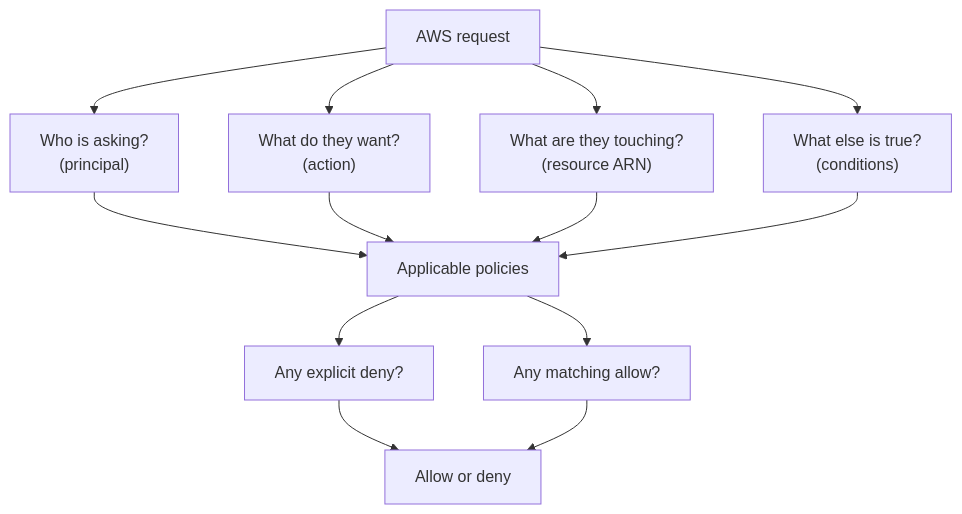
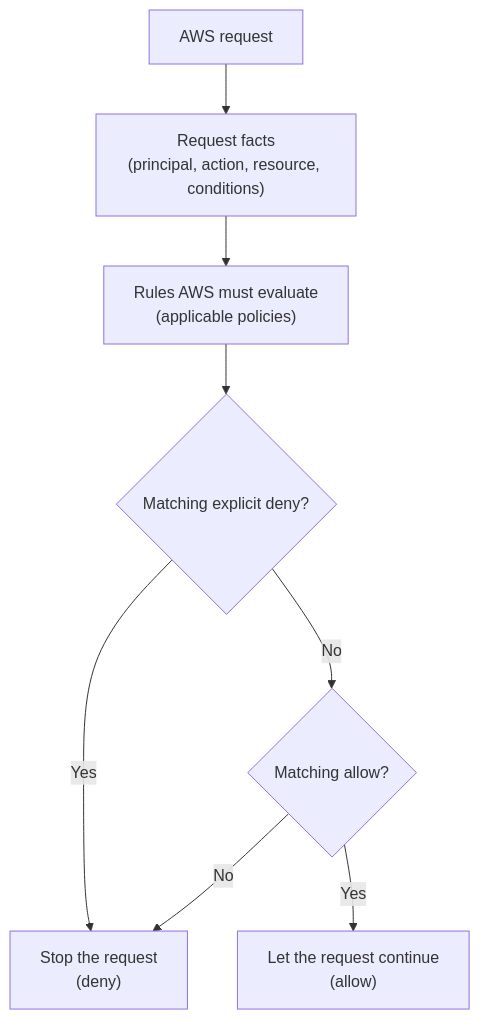
Before and after one commit to senlinyy/dev-roadmaps: the diagram in cloud-providers/aws/identity-security/iam-security.md, drawn with Mermaid. The commit also changed other lines of this file and 89 other files, not shown here.

````diff
--- a/cloud-providers/aws/identity-security/iam-security.md
+++ b/cloud-providers/aws/identity-security/iam-security.md
@@ -51,25 +51,10 @@
 ```mermaid
 flowchart TD
-    REQUEST["AWS request"]
-    WHO["Who is asking?<br/>(principal)"]
-    ACTION["What do they want?<br/>(action)"]
-    RESOURCE["What are they touching?<br/>(resource ARN)"]
-    CONTEXT["What else is true?<br/>(conditions)"]
-    POLICIES["Applicable policies"]
-    DENY["Any explicit deny?"]
-    ALLOW["Any matching allow?"]
-    RESULT["Allow or deny"]
-
-    REQUEST --> WHO
-    REQUEST --> ACTION
-    REQUEST --> RESOURCE
-    REQUEST --> CONTEXT
-    WHO --> POLICIES
-    ACTION --> POLICIES
-    RESOURCE --> POLICIES
-    CONTEXT --> POLICIES
-    POLICIES --> DENY
-    DENY --> RESULT
-    POLICIES --> ALLOW
-    ALLOW --> RESULT
+    REQUEST["AWS request"] --> FACTS["Request facts<br/>(principal, action, resource, conditions)"]
+    FACTS --> POLICIES["Rules AWS must evaluate<br/>(applicable policies)"]
+    POLICIES --> DENY{"Matching explicit deny?"}
+    DENY -->|Yes| BLOCK["Stop the request<br/>(deny)"]
+    DENY -->|No| ALLOW{"Matching allow?"}
+    ALLOW -->|Yes| OK["Let the request continue<br/>(allow)"]
+    ALLOW -->|No| BLOCK
 ```
````
